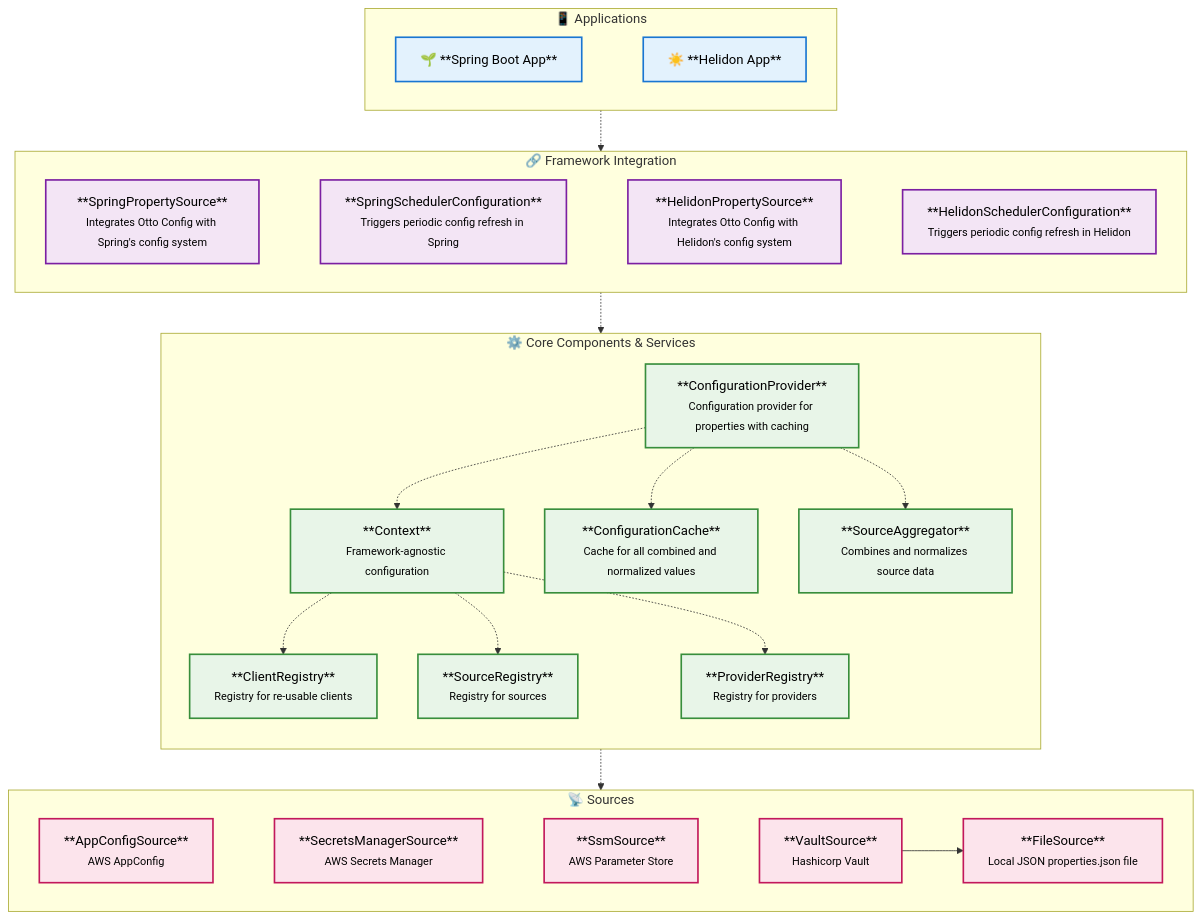
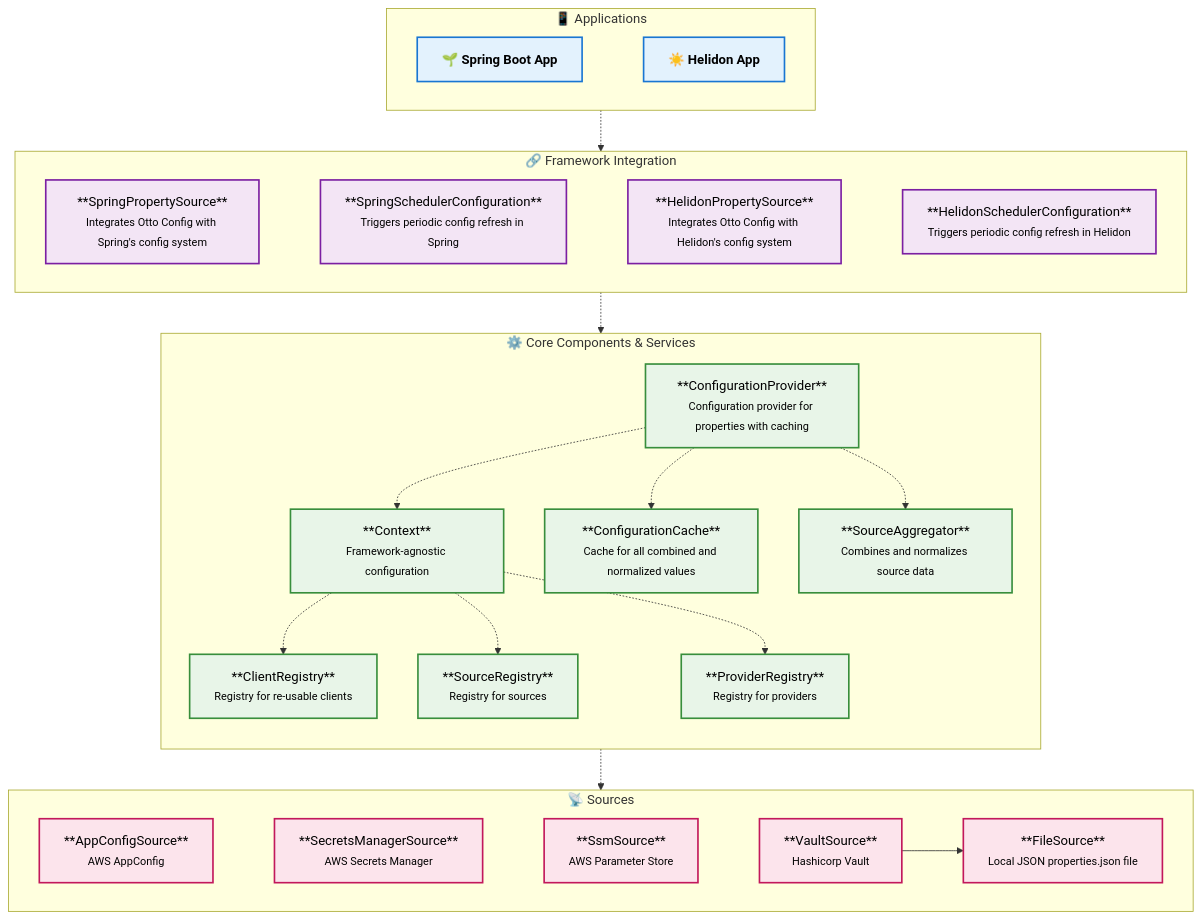
The second of 3 diagrams in README.md (otto-de/otto-config), drawn with Mermaid before and after one commit.

Commit message:
fix mermaid component labels

````diff
--- a/README.md
+++ b/README.md
@@ -438,69 +438,69 @@
 ```mermaid
 flowchart TD
 
     %% Applications
     subgraph A[📱 Applications]
-        A1[🌱 **Spring Boot App**] -->
-        A2[☀️ **Helidon App**]
+        A1[🌱 <b>Spring Boot App</b>] -->
+        A2[☀️ <b>Helidon App</b>]
     end
 
     %% Framework Integration
     subgraph B[🔗 Framework Integration]
         B1[**SpringPropertySource**<br/><small>Integrates Otto Config with Spring's config system</small>] --> 
         B2[**SpringSchedulerConfiguration**<br/><small>Triggers periodic config refresh in Spring</small>]  --> 
         B3[**HelidonPropertySource**<br/><small>Integrates Otto Config with Helidon's config system</small>] --> 
         B4[**HelidonSchedulerConfiguration**<br/><small>Triggers periodic config refresh in Helidon</small>]
     end
 
     %% Core Components
     subgraph C[⚙️ Core Components & Services]
         direction TB
         C1[**ConfigurationProvider**<br/><small>Configuration provider for properties with caching</small>]
         C3[**Context**<br/><small>Framework-agnostic configuration</small>]
         C4[**ConfigurationCache**<br/><small>Cache for all combined and normalized values</small>]
         C5[**SourceAggregator**<br/><small>Combines and normalizes source data</small>]
         C6[**ClientRegistry**<br/><small>Registry for re-usable clients</small>]
         C7[**SourceRegistry**<br/><small>Registry for sources</small>]
         C8[**ProviderRegistry**<br/><small>Registry for providers</small>]
     end
 
     %% Sources
     subgraph D[📡 Sources]
         D1[**AppConfigSource**<br/><small>AWS AppConfig</small>] --> D2[**SecretsManagerSource**<br/><small>AWS Secrets Manager</small>]  --> D3[**SsmSource**<br/><small>AWS Parameter Store</small>] --> D4[**VaultSource**<br/><small>Hashicorp Vault</small>] --> D5[**FileSource**<br/><small>Local JSON properties.json file</small>]
     end
 
     %% Internal connections (simplified)
     A -.-> B
     B -.-> C
     C -.-> D
 
     C1 -.-> C3
     C1 -.-> C4
     C1 -.-> C5
 
     C3 -.-> C6
     C3 -.-> C7
     C3 -.-> C8
 
     %% Styling
     classDef subgraphStyle fill:#f9f9f9,stroke:#333,stroke-width:2px,color:#000
     classDef appStyle fill:#e3f2fd,stroke:#1976d2,stroke-width:2px,color:#000
     classDef frameworkStyle fill:#f3e5f5,stroke:#7b1fa2,stroke-width:2px,color:#000
     classDef coreStyle fill:#e8f5e8,stroke:#388e3c,stroke-width:2px,color:#000
     classDef sourceStyle fill:#fce4ec,stroke:#c2185b,stroke-width:2px,color:#000
     classDef externalStyle fill:#ffebee,stroke:#d32f2f,stroke-width:2px,color:#000
 
     class A1,A2 appStyle
     class B1,B2,B3,B4 frameworkStyle
     class C1,C3,C4,C5,C6,C7,C8,C8 coreStyle
     class D1,D2,D3,D4,D5 sourceStyle
 
     %% Style invisible links
     linkStyle 0 stroke:transparent,stroke-width:0px
     linkStyle 1 stroke:transparent,stroke-width:0px
     linkStyle 2 stroke:transparent,stroke-width:0px
     linkStyle 3 stroke:transparent,stroke-width:0px
     linkStyle 4 stroke:transparent,stroke-width:0px
     linkStyle 5 stroke:transparent,stroke-width:0px
     linkStyle 6 stroke:transparent,stroke-width:0px
 ```
````
